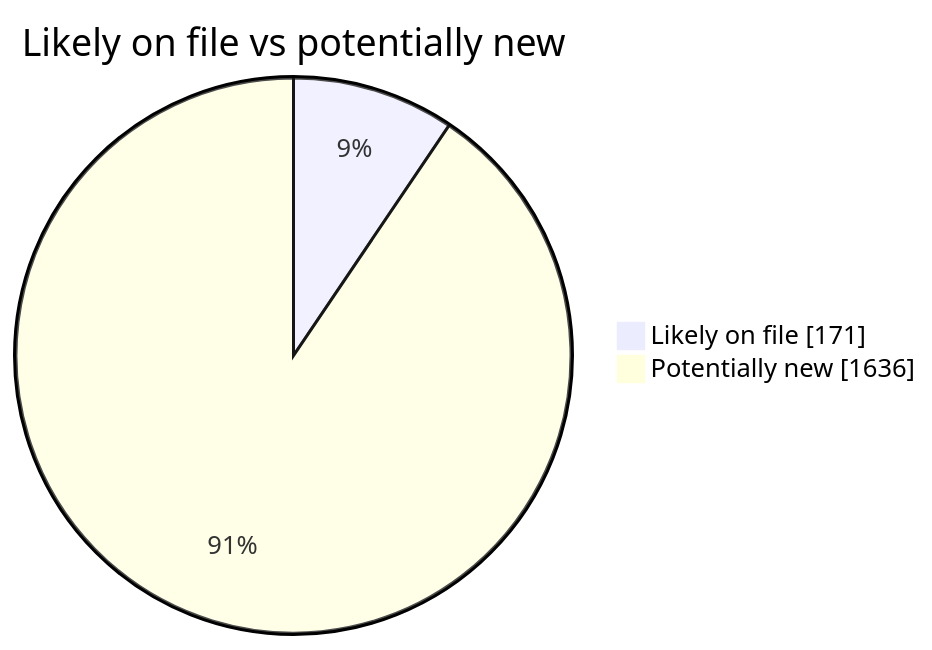
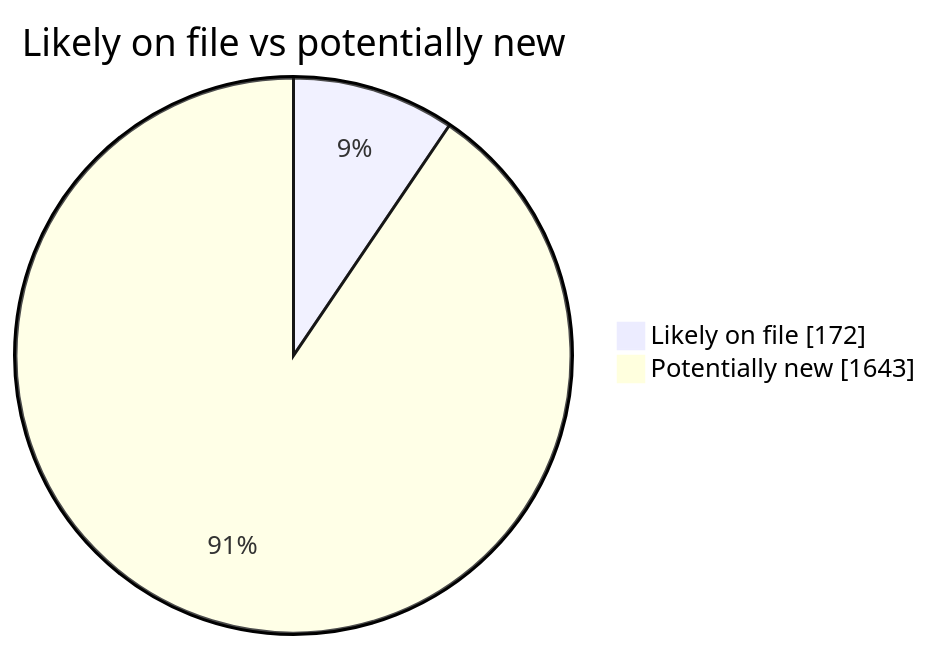
One commit to martinbalfanz/social-scanner-reports changed the second of 4 diagrams in README.md. Above: the diagram before and after it, drawn with Mermaid. The commit also changed other lines of this file and 4 other files, not shown here.

````diff
--- a/README.md
+++ b/README.md
@@ -40,5 +40,5 @@
 ```mermaid
 pie showData title Likely on file vs potentially new
-    "Likely on file" : 171
-    "Potentially new" : 1636
+    "Likely on file" : 172
+    "Potentially new" : 1643
 ```
````
